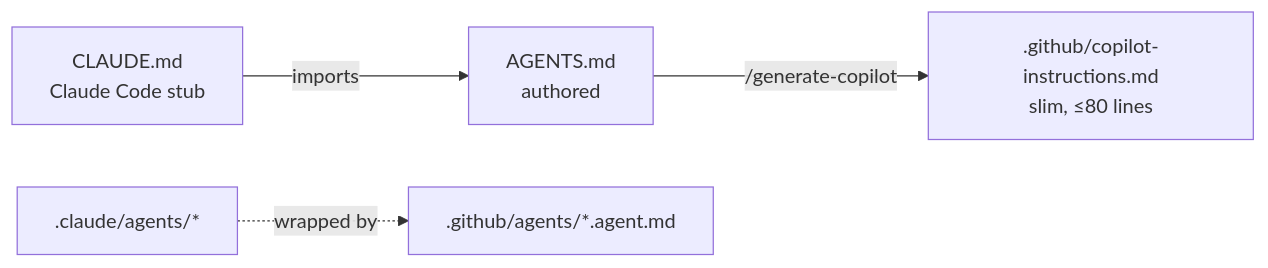
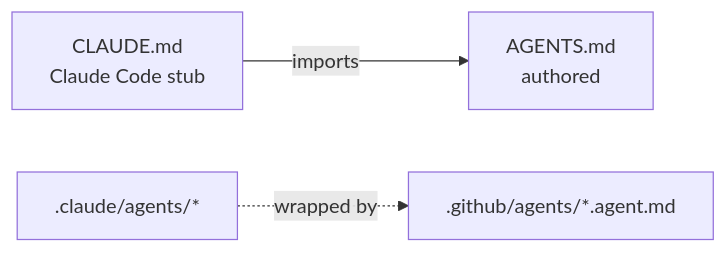
Before and after one commit to andreoucostas/ai-tech-lead: the second of 3 diagrams in dist/angular/docs/ARCHITECTURE.md, drawn with Mermaid. The commit also changed other lines of this file and 135 other files, not shown here.

````diff
--- a/dist/angular/docs/ARCHITECTURE.md
+++ b/dist/angular/docs/ARCHITECTURE.md
@@ -50,6 +44,5 @@
 ```mermaid
 flowchart LR
-    AGENTS[AGENTS.md\nauthored] -->|/generate-copilot| COP[.github/copilot-instructions.md\nslim, ≤80 lines]
-    CLAUDE[CLAUDE.md\nClaude Code stub] -->|imports| AGENTS
+    CLAUDE[CLAUDE.md\nClaude Code stub] -->|imports| AGENTS[AGENTS.md\nauthored]
     AGD[.claude/agents/*] -.wrapped by.-> GAG[.github/agents/*.agent.md]
 ```
````
